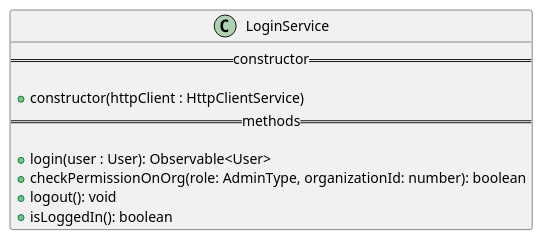
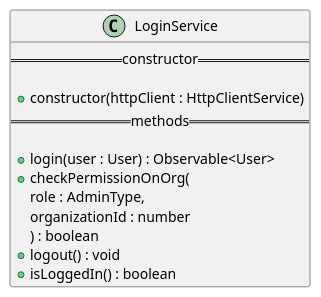
The diagram in docs/diagrams/services/loginservice.pu (GruppOne/stalker-web-app), drawn with PlantUML before and after one commit. The commit also changed 12 other files, not shown here.

Commit message:
docs: add newlines to better rendering of diagrams

```diff
--- a/docs/diagrams/services/loginservice.pu
+++ b/docs/diagrams/services/loginservice.pu
@@ -1,13 +1,16 @@
 @startuml LoginService
 class LoginService {
   == constructor ==
 
   + constructor(httpClient : HttpClientService)
   == methods ==
 
-  + login(user : User): Observable<User>
-  + checkPermissionOnOrg(role: AdminType, organizationId: number): boolean
-  + logout(): void
-  + isLoggedIn(): boolean
+  + login(user : User) : Observable<User>
+  + checkPermissionOnOrg(
+    role : AdminType,
+    organizationId : number
+    ) : boolean
+  + logout() : void
+  + isLoggedIn() : boolean
 }
 @enduml
```
